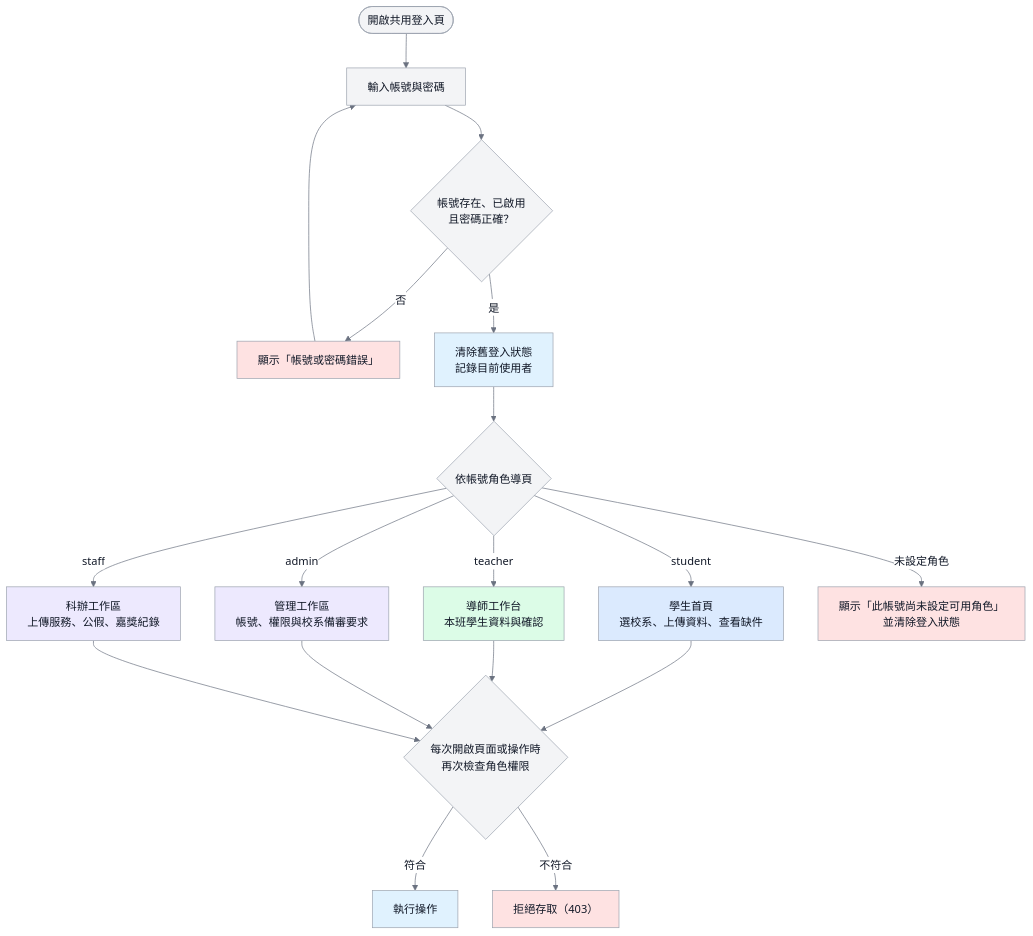
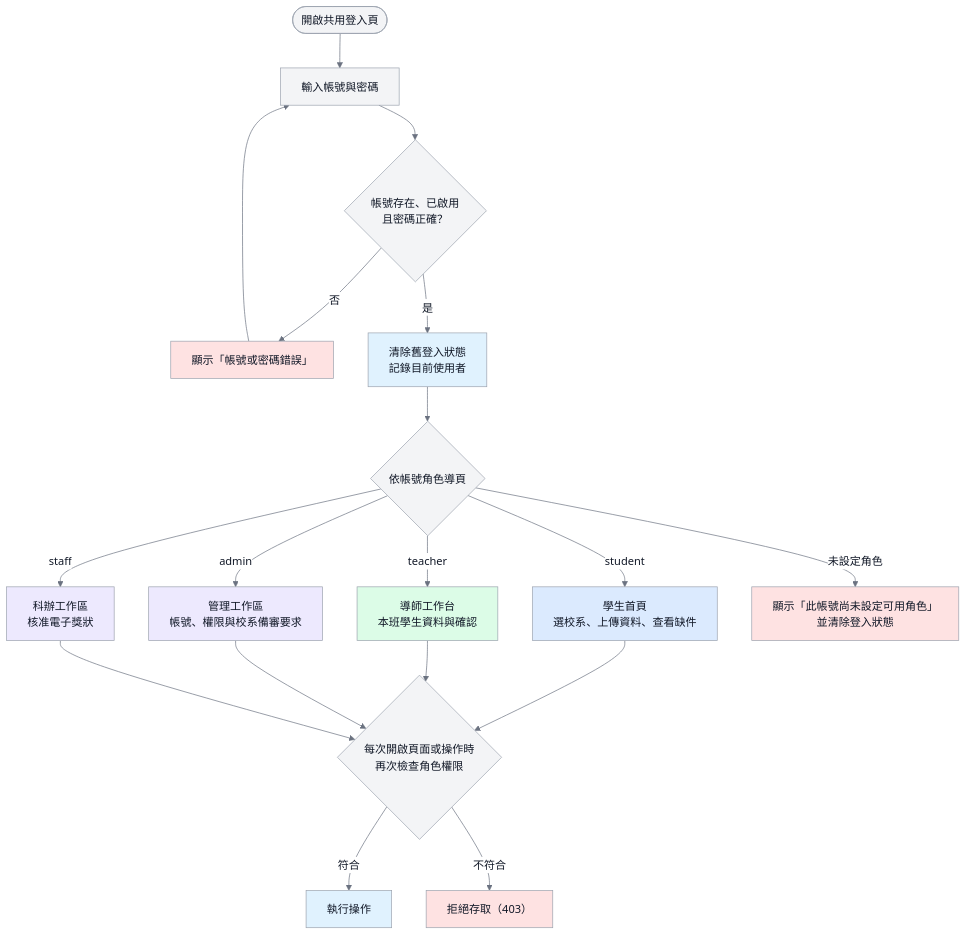
The diagram in docs/images/D-02-login-role-routing.mmd (vujhdcusa/1028), drawn with Mermaid before and after one commit. The commit also changed 33 other files, not shown here.

```diff
--- a/docs/images/D-02-login-role-routing.mmd
+++ b/docs/images/D-02-login-role-routing.mmd
@@ -1,27 +1,27 @@
 %%{init: {'theme':'base','themeVariables': {'fontFamily':'Microsoft JhengHei, Noto Sans TC, Arial, sans-serif','primaryColor':'#F3F4F6','primaryTextColor':'#111827','primaryBorderColor':'#9CA3AF','lineColor':'#6B7280','edgeLabelBackground':'#FFFFFF'},'flowchart':{'wrappingWidth':400}}}%%
 flowchart TD
     classDef system fill:#E0F2FE,stroke:#9CA3AF,color:#111827,stroke-width:1px;
     classDef student fill:#DBEAFE,stroke:#9CA3AF,color:#111827,stroke-width:1px;
     classDef teacher fill:#DCFCE7,stroke:#9CA3AF,color:#111827,stroke-width:1px;
     classDef admin fill:#EDE9FE,stroke:#9CA3AF,color:#111827,stroke-width:1px;
     classDef staff fill:#EDE9FE,stroke:#9CA3AF,color:#111827,stroke-width:1px;
     classDef alert fill:#FEE2E2,stroke:#9CA3AF,color:#111827,stroke-width:1px;
     classDef pending fill:#FFFFFF,stroke:#9CA3AF,color:#6B7280,stroke-width:1px,stroke-dasharray:5 3;
 
     Start([開啟共用登入頁]) --> Input[輸入帳號與密碼]
     Input --> Auth{帳號存在、已啟用<br/>且密碼正確？}
     Auth -- 否 --> Err[顯示「帳號或密碼錯誤」]:::alert
     Err --> Input
     Auth -- 是 --> Session[清除舊登入狀態<br/>記錄目前使用者]:::system
     Session --> Role{依帳號角色導頁}
     Role -- student --> S[學生首頁<br/>選校系、上傳資料、查看缺件]:::student
     Role -- teacher --> T[導師工作台<br/>本班學生資料與確認]:::teacher
     Role -- admin --> A[管理工作區<br/>帳號、權限與校系備審要求]:::admin
-    Role -- staff --> F[科辦工作區<br/>上傳服務、公假、嘉獎紀錄]:::staff
+    Role -- staff --> F[科辦工作區<br/>核准電子獎狀]:::staff
     Role -- 未設定角色 --> NoRole[顯示「此帳號尚未設定可用角色」<br/>並清除登入狀態]:::alert
     S --> Guard{每次開啟頁面或操作時<br/>再次檢查角色權限}
     T --> Guard
     A --> Guard
     F --> Guard
     Guard -- 符合 --> Allow[執行操作]:::system
     Guard -- 不符合 --> Deny[拒絕存取（403）]:::alert
```
